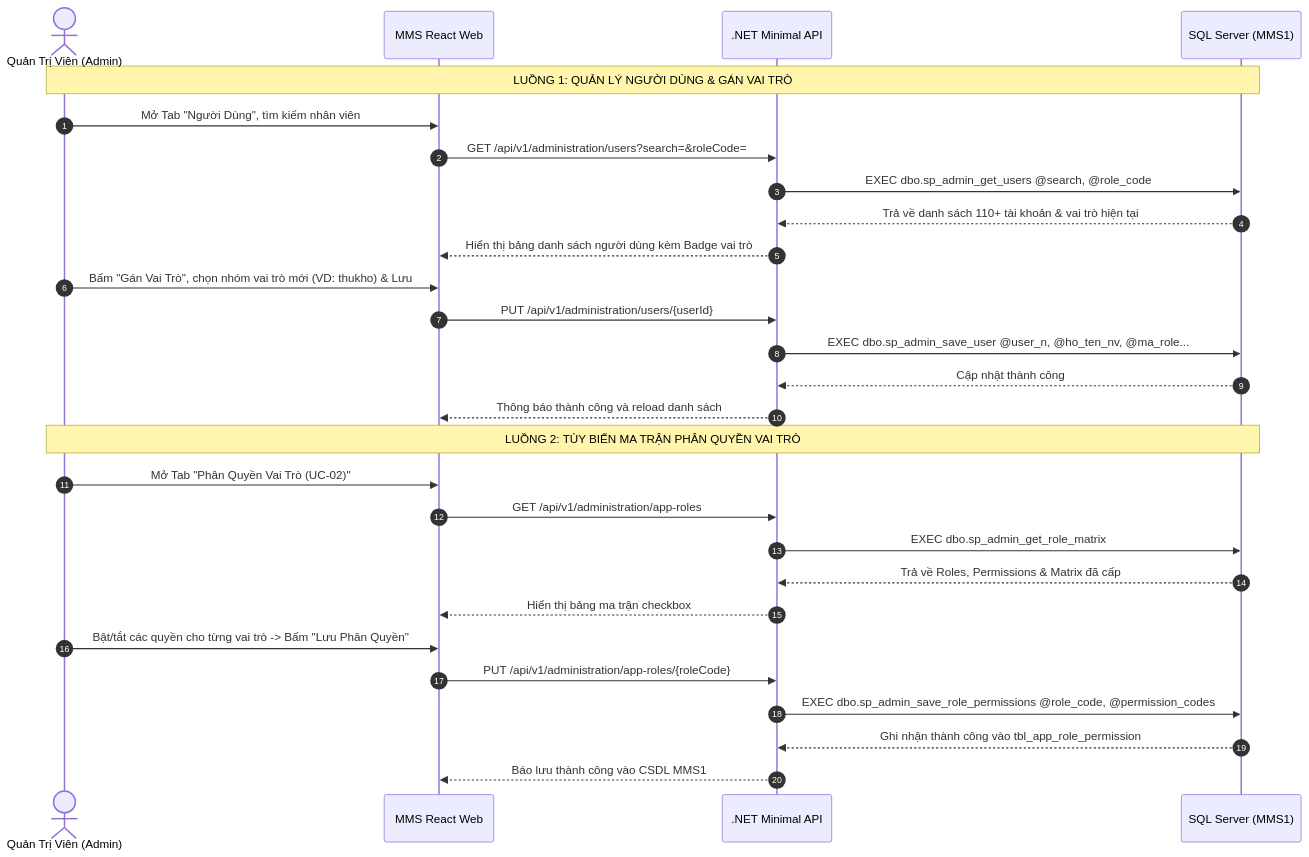
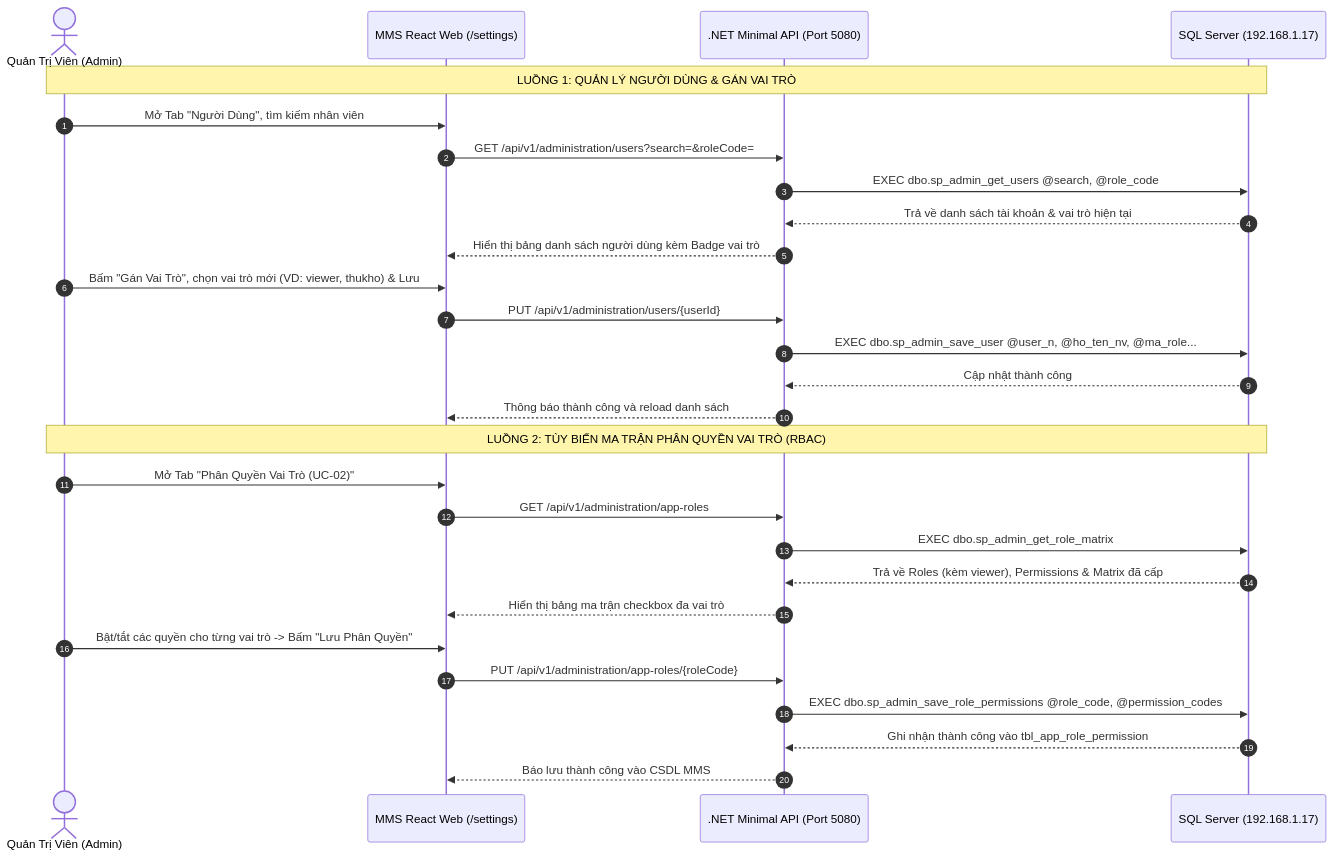
Before and after one commit to Sohoa-KNSG/mms: the first of 2 diagrams in docs/03-use-cases/UC-28_ADM-01.md, drawn with Mermaid. The commit also changed other lines of this file, not shown here.

Commit message:
docs: update UC-28 ADM-01 documentation with viewer role and separated request issue permissions

````diff
--- a/docs/03-use-cases/UC-28_ADM-01.md
+++ b/docs/03-use-cases/UC-28_ADM-01.md
@@ -50,32 +51,32 @@
 ```mermaid
 sequenceDiagram
     autonumber
     actor Admin as Quản Trị Viên (Admin)
-    participant Web as MMS React Web
-    participant API as .NET Minimal API
-    participant SQL as SQL Server (MMS1)
+    participant Web as MMS React Web (/settings)
+    participant API as .NET Minimal API (Port 5080)
+    participant SQL as SQL Server (192.168.1.17)
 
     Note over Admin,SQL: LUỒNG 1: QUẢN LÝ NGƯỜI DÙNG & GÁN VAI TRÒ
     Admin->>Web: Mở Tab "Người Dùng", tìm kiếm nhân viên
     Web->>API: GET /api/v1/administration/users?search=&roleCode=
     API->>SQL: EXEC dbo.sp_admin_get_users @search, @role_code
-    SQL-->>API: Trả về danh sách 110+ tài khoản & vai trò hiện tại
+    SQL-->>API: Trả về danh sách tài khoản & vai trò hiện tại
     API-->>Web: Hiển thị bảng danh sách người dùng kèm Badge vai trò
-    Admin->>Web: Bấm "Gán Vai Trò", chọn nhóm vai trò mới (VD: thukho) & Lưu
+    Admin->>Web: Bấm "Gán Vai Trò", chọn vai trò mới (VD: viewer, thukho) & Lưu
     Web->>API: PUT /api/v1/administration/users/{userId}
     API->>SQL: EXEC dbo.sp_admin_save_user @user_n, @ho_ten_nv, @ma_role...
     SQL-->>API: Cập nhật thành công
     API-->>Web: Thông báo thành công và reload danh sách
 
-    Note over Admin,SQL: LUỒNG 2: TÙY BIẾN MA TRẬN PHÂN QUYỀN VAI TRÒ
+    Note over Admin,SQL: LUỒNG 2: TÙY BIẾN MA TRẬN PHÂN QUYỀN VAI TRÒ (RBAC)
     Admin->>Web: Mở Tab "Phân Quyền Vai Trò (UC-02)"
     Web->>API: GET /api/v1/administration/app-roles
     API->>SQL: EXEC dbo.sp_admin_get_role_matrix
-    SQL-->>API: Trả về Roles, Permissions & Matrix đã cấp
-    API-->>Web: Hiển thị bảng ma trận checkbox
+    SQL-->>API: Trả về Roles (kèm viewer), Permissions & Matrix đã cấp
+    API-->>Web: Hiển thị bảng ma trận checkbox đa vai trò
     Admin->>Web: Bật/tắt các quyền cho từng vai trò -> Bấm "Lưu Phân Quyền"
     Web->>API: PUT /api/v1/administration/app-roles/{roleCode}
     API->>SQL: EXEC dbo.sp_admin_save_role_permissions @role_code, @permission_codes
     SQL-->>API: Ghi nhận thành công vào tbl_app_role_permission
-    API-->>Web: Báo lưu thành công vào CSDL MMS1
+    API-->>Web: Báo lưu thành công vào CSDL MMS
 ```
````
